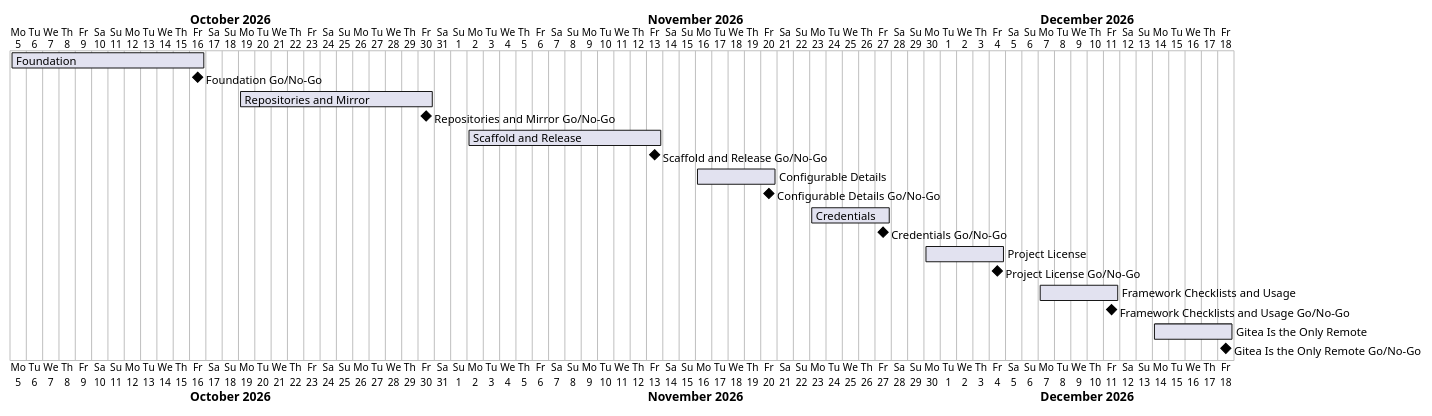
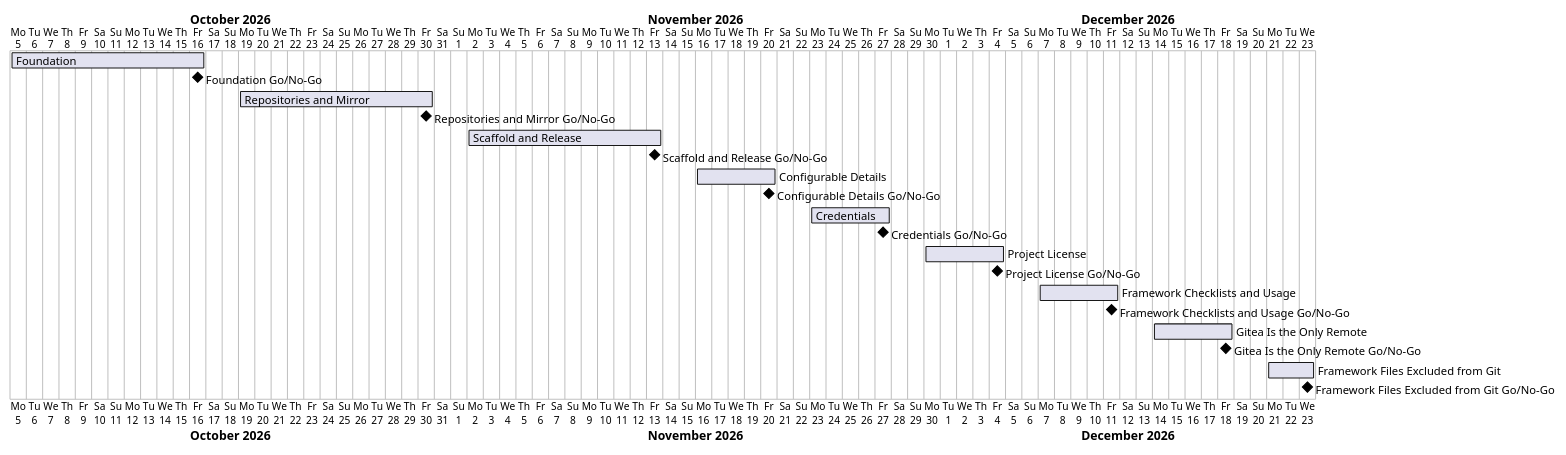
Before and after one commit to TirSystem-BashScript/RepoFoundry: the diagram in docs/project-plan.md, drawn with PlantUML. The commit also changed other lines of this file and 13 other files, not shown here.

First line of the commit message:
Plan MIL-009: .claude, .agents and AGENTS.md are excluded from git

````diff
--- a/docs/project-plan.md
+++ b/docs/project-plan.md
@@ -41,21 +42,23 @@
 ```plantuml
 @startgantt
 Project starts 2026-10-05
 [Foundation] starts 2026-10-05 and ends 2026-10-16
 [Foundation Go/No-Go] happens 2026-10-16
 [Repositories and Mirror] starts 2026-10-19 and ends 2026-10-30
 [Repositories and Mirror Go/No-Go] happens 2026-10-30
 [Scaffold and Release] starts 2026-11-02 and ends 2026-11-13
 [Scaffold and Release Go/No-Go] happens 2026-11-13
 [Configurable Details] starts 2026-11-16 and ends 2026-11-20
 [Configurable Details Go/No-Go] happens 2026-11-20
 [Credentials] starts 2026-11-23 and ends 2026-11-27
 [Credentials Go/No-Go] happens 2026-11-27
 [Project License] starts 2026-11-30 and ends 2026-12-04
 [Project License Go/No-Go] happens 2026-12-04
 [Framework Checklists and Usage] starts 2026-12-07 and ends 2026-12-11
 [Framework Checklists and Usage Go/No-Go] happens 2026-12-11
 [Gitea Is the Only Remote] starts 2026-12-14 and ends 2026-12-18
 [Gitea Is the Only Remote Go/No-Go] happens 2026-12-18
+[Framework Files Excluded from Git] starts 2026-12-21 and ends 2026-12-23
+[Framework Files Excluded from Git Go/No-Go] happens 2026-12-23
 @endgantt
 ```
````
